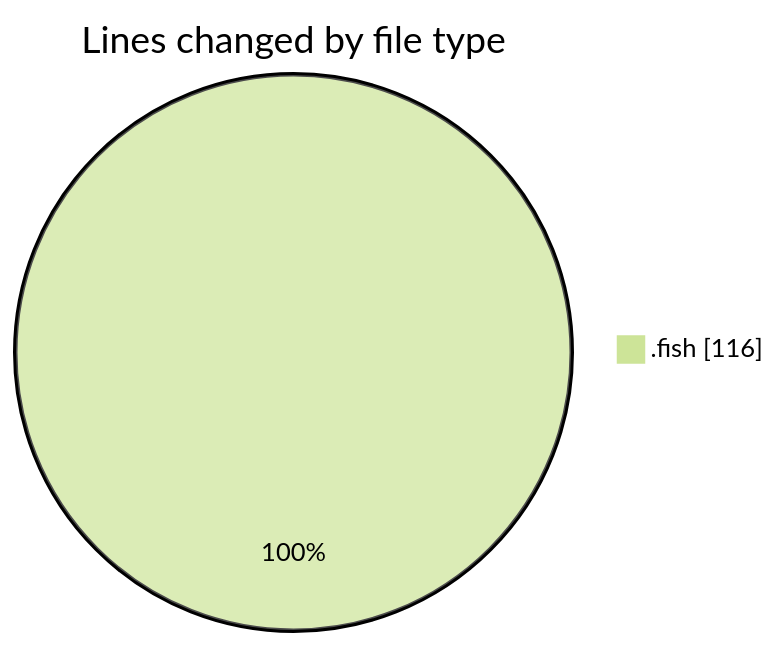
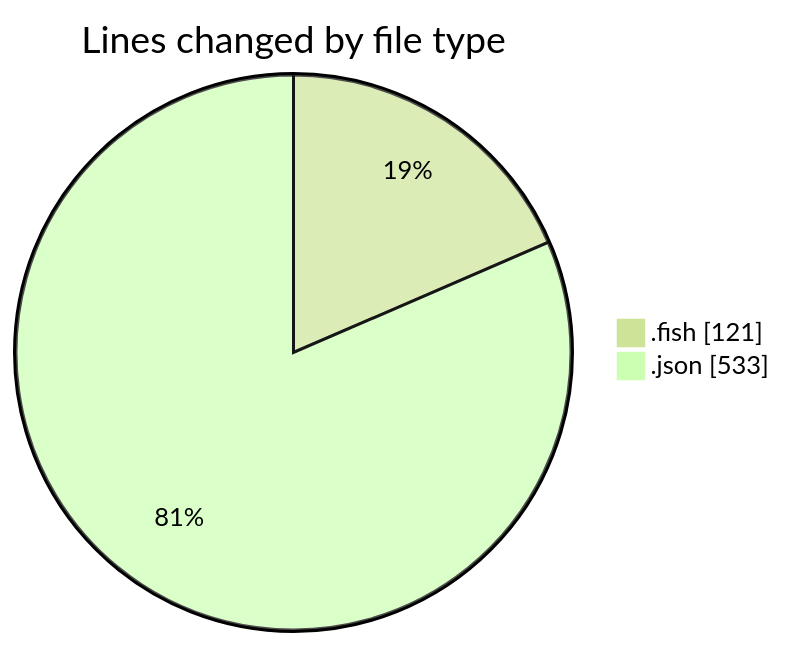
The first of 2 diagrams in 2025-07-24/fish/README.md (EIIisD/code-tracking), drawn with Mermaid (forest theme) before and after one commit. The commit also changed other lines of this file and 1 other file, not shown here.

````diff
--- a/2025-07-24/fish/README.md
+++ b/2025-07-24/fish/README.md
@@ -22,5 +23,6 @@
 ```mermaid
 pie showData
 title Lines changed by file type
-".fish" : 116
+".fish" : 121
+".json" : 533
 ```
````
